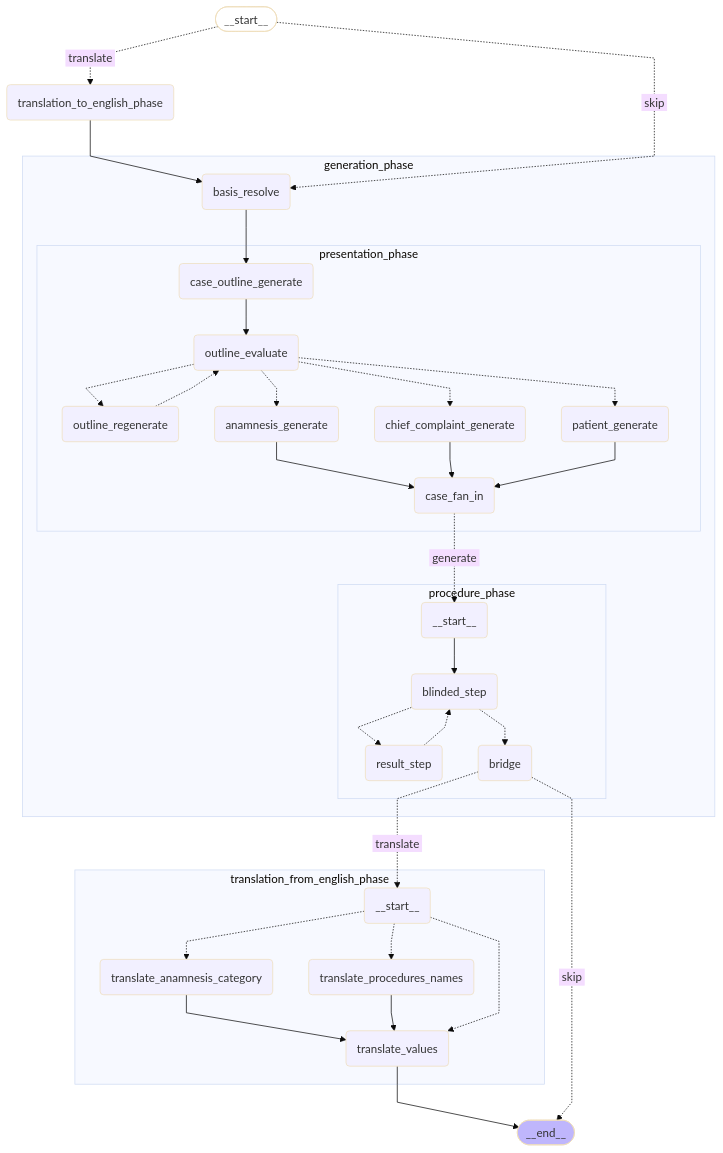
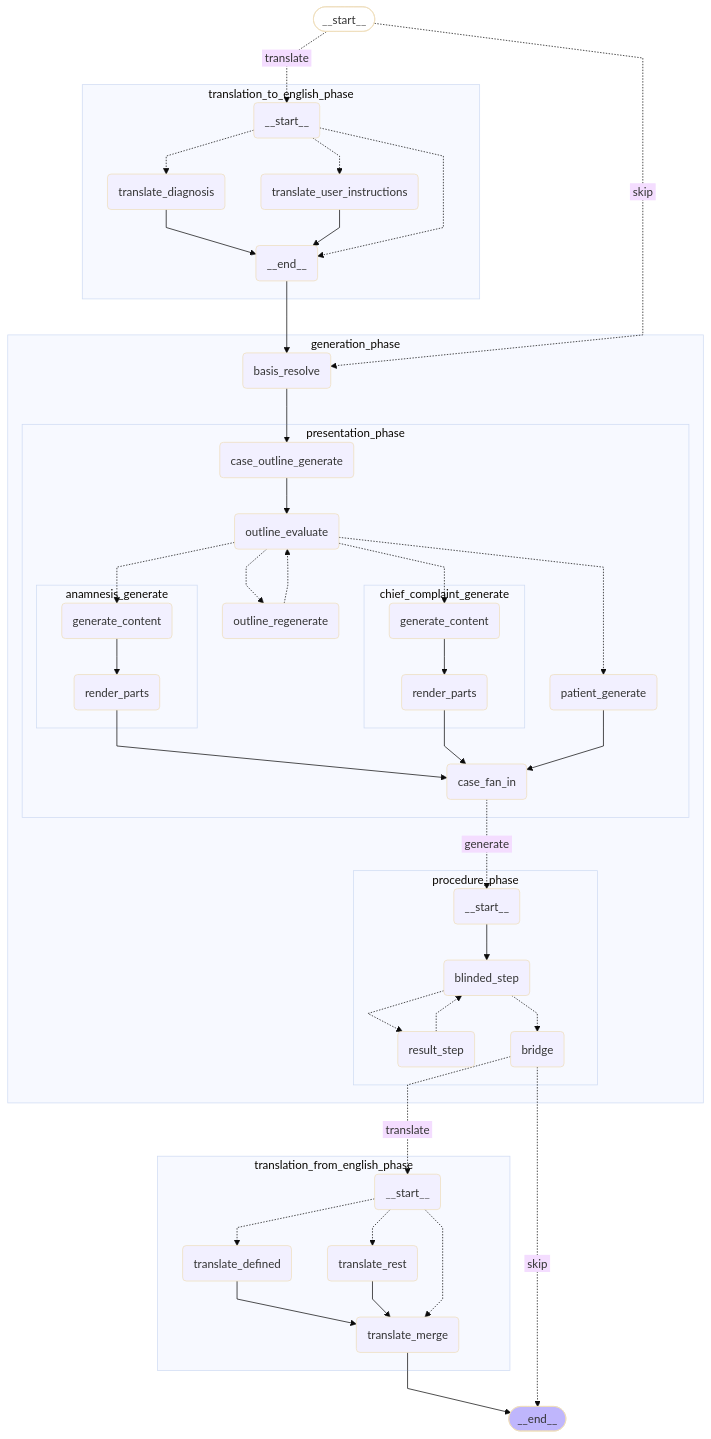
The diagram in docs/graphs/case-graph.translation-sandwich.mmd (janthoXO/AetioMed), drawn with Mermaid (base theme) before and after one commit. The commit also changed 27 other files, not shown here.

First line of the commit message:
feat: give content-bearing presentation fields their own subgraphs

```diff
--- a/docs/graphs/case-graph.translation-sandwich.mmd
+++ b/docs/graphs/case-graph.translation-sandwich.mmd
@@ -1,58 +1,76 @@
 %%{init: {'flowchart': {'curve': 'linear'}}}%%
 graph TD;
 	__start__([<p>__start__</p>]):::first
 	generation_phase_basis_resolve(basis_resolve)
 	generation_phase_presentation_phase_case_outline_generate(case_outline_generate)
 	generation_phase_presentation_phase_outline_evaluate(outline_evaluate)
 	generation_phase_presentation_phase_outline_regenerate(outline_regenerate)
 	generation_phase_presentation_phase_patient_generate(patient_generate)
-	generation_phase_presentation_phase_chief_complaint_generate(chief_complaint_generate)
-	generation_phase_presentation_phase_anamnesis_generate(anamnesis_generate)
+	generation_phase_presentation_phase_chief_complaint_generate_generate_content(generate_content)
+	generation_phase_presentation_phase_chief_complaint_generate_render_parts(render_parts)
+	generation_phase_presentation_phase_anamnesis_generate_generate_content(generate_content)
+	generation_phase_presentation_phase_anamnesis_generate_render_parts(render_parts)
 	generation_phase_presentation_phase_case_fan_in(case_fan_in)
 	generation_phase_procedure_phase___start__(<p>__start__</p>)
 	generation_phase_procedure_phase_blinded_step(blinded_step)
 	generation_phase_procedure_phase_result_step(result_step)
 	generation_phase_procedure_phase_bridge(bridge)
-	translation_to_english_phase(translation_to_english_phase)
+	translation_to_english_phase___start__(<p>__start__</p>)
+	translation_to_english_phase_translate_diagnosis(translate_diagnosis)
+	translation_to_english_phase_translate_user_instructions(translate_user_instructions)
+	translation_to_english_phase___end__(<p>__end__</p>)
 	translation_from_english_phase___start__(<p>__start__</p>)
-	translation_from_english_phase_translate_anamnesis_category(translate_anamnesis_category)
-	translation_from_english_phase_translate_procedures_names(translate_procedures_names)
-	translation_from_english_phase_translate_values(translate_values)
+	translation_from_english_phase_translate_defined(translate_defined)
+	translation_from_english_phase_translate_rest(translate_rest)
+	translation_from_english_phase_translate_merge(translate_merge)
 	__end__([<p>__end__</p>]):::last
-	translation_from_english_phase_translate_values --> __end__;
-	translation_to_english_phase --> generation_phase_basis_resolve;
-	__start__ -. &nbsp;translate&nbsp; .-> translation_to_english_phase;
+	translation_from_english_phase_translate_merge --> __end__;
+	translation_to_english_phase___end__ --> generation_phase_basis_resolve;
+	__start__ -. &nbsp;translate&nbsp; .-> translation_to_english_phase___start__;
 	__start__ -. &nbsp;skip&nbsp; .-> generation_phase_basis_resolve;
 	generation_phase_procedure_phase_bridge -. &nbsp;translate&nbsp; .-> translation_from_english_phase___start__;
 	generation_phase_procedure_phase_bridge -. &nbsp;skip&nbsp; .-> __end__;
 	subgraph generation_phase
 	subgraph presentation_phase
-	generation_phase_presentation_phase_anamnesis_generate --> generation_phase_presentation_phase_case_fan_in;
+	subgraph chief_complaint_generate
+	generation_phase_presentation_phase_chief_complaint_generate_generate_content --> generation_phase_presentation_phase_chief_complaint_generate_render_parts;
+	end
+	subgraph anamnesis_generate
+	generation_phase_presentation_phase_anamnesis_generate_generate_content --> generation_phase_presentation_phase_anamnesis_generate_render_parts;
+	end
+	generation_phase_presentation_phase_anamnesis_generate_render_parts --> generation_phase_presentation_phase_case_fan_in;
 	generation_phase_presentation_phase_case_outline_generate --> generation_phase_presentation_phase_outline_evaluate;
-	generation_phase_presentation_phase_chief_complaint_generate --> generation_phase_presentation_phase_case_fan_in;
+	generation_phase_presentation_phase_chief_complaint_generate_render_parts --> generation_phase_presentation_phase_case_fan_in;
 	generation_phase_presentation_phase_patient_generate --> generation_phase_presentation_phase_case_fan_in;
 	generation_phase_presentation_phase_outline_evaluate -.-> generation_phase_presentation_phase_outline_regenerate;
 	generation_phase_presentation_phase_outline_evaluate -.-> generation_phase_presentation_phase_patient_generate;
-	generation_phase_presentation_phase_outline_evaluate -.-> generation_phase_presentation_phase_chief_complaint_generate;
-	generation_phase_presentation_phase_outline_evaluate -.-> generation_phase_presentation_phase_anamnesis_generate;
+	generation_phase_presentation_phase_outline_evaluate -.-> generation_phase_presentation_phase_chief_complaint_generate_generate_content;
+	generation_phase_presentation_phase_outline_evaluate -.-> generation_phase_presentation_phase_anamnesis_generate_generate_content;
 	generation_phase_presentation_phase_outline_regenerate -.-> generation_phase_presentation_phase_outline_evaluate;
 	end
 	subgraph procedure_phase
 	generation_phase_procedure_phase___start__ --> generation_phase_procedure_phase_blinded_step;
 	generation_phase_procedure_phase_blinded_step -.-> generation_phase_procedure_phase_result_step;
 	generation_phase_procedure_phase_blinded_step -.-> generation_phase_procedure_phase_bridge;
 	generation_phase_procedure_phase_result_step -.-> generation_phase_procedure_phase_blinded_step;
 	end
 	generation_phase_basis_resolve --> generation_phase_presentation_phase_case_outline_generate;
 	generation_phase_presentation_phase_case_fan_in -. &nbsp;generate&nbsp; .-> generation_phase_procedure_phase___start__;
 	end
+	subgraph translation_to_english_phase
+	translation_to_english_phase_translate_diagnosis --> translation_to_english_phase___end__;
+	translation_to_english_phase_translate_user_instructions --> translation_to_english_phase___end__;
+	translation_to_english_phase___start__ -.-> translation_to_english_phase_translate_diagnosis;
+	translation_to_english_phase___start__ -.-> translation_to_english_phase_translate_user_instructions;
+	translation_to_english_phase___start__ -.-> translation_to_english_phase___end__;
+	end
 	subgraph translation_from_english_phase
-	translation_from_english_phase_translate_anamnesis_category --> translation_from_english_phase_translate_values;
-	translation_from_english_phase_translate_procedures_names --> translation_from_english_phase_translate_values;
-	translation_from_english_phase___start__ -.-> translation_from_english_phase_translate_anamnesis_category;
-	translation_from_english_phase___start__ -.-> translation_from_english_phase_translate_procedures_names;
-	translation_from_english_phase___start__ -.-> translation_from_english_phase_translate_values;
+	translation_from_english_phase_translate_defined --> translation_from_english_phase_translate_merge;
+	translation_from_english_phase_translate_rest --> translation_from_english_phase_translate_merge;
+	translation_from_english_phase___start__ -.-> translation_from_english_phase_translate_defined;
+	translation_from_english_phase___start__ -.-> translation_from_english_phase_translate_rest;
+	translation_from_english_phase___start__ -.-> translation_from_english_phase_translate_merge;
 	end
 	classDef default fill:#f2f0ff,line-height:1.2;
 	classDef first fill-opacity:0;
 	classDef last fill:#bfb6fc;
```
